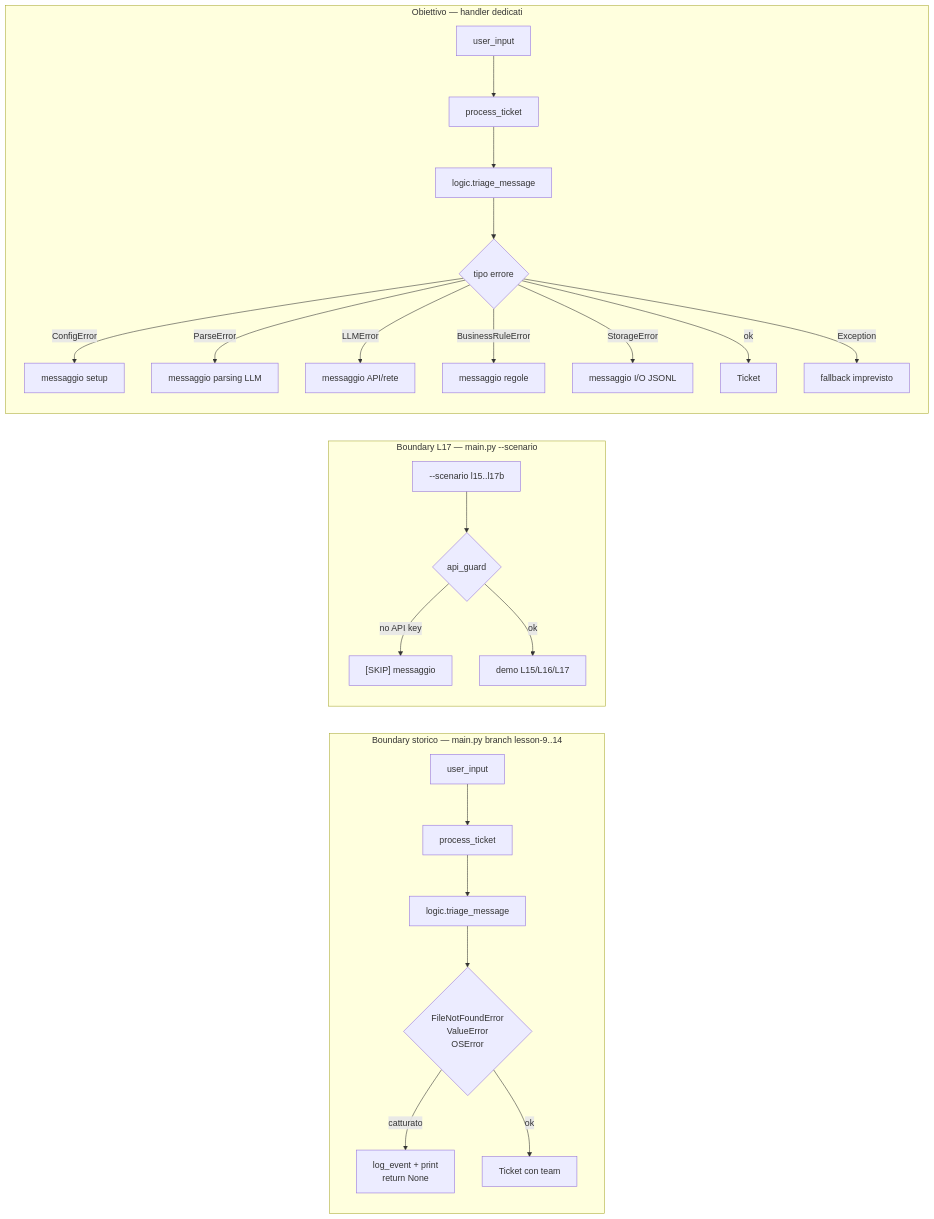
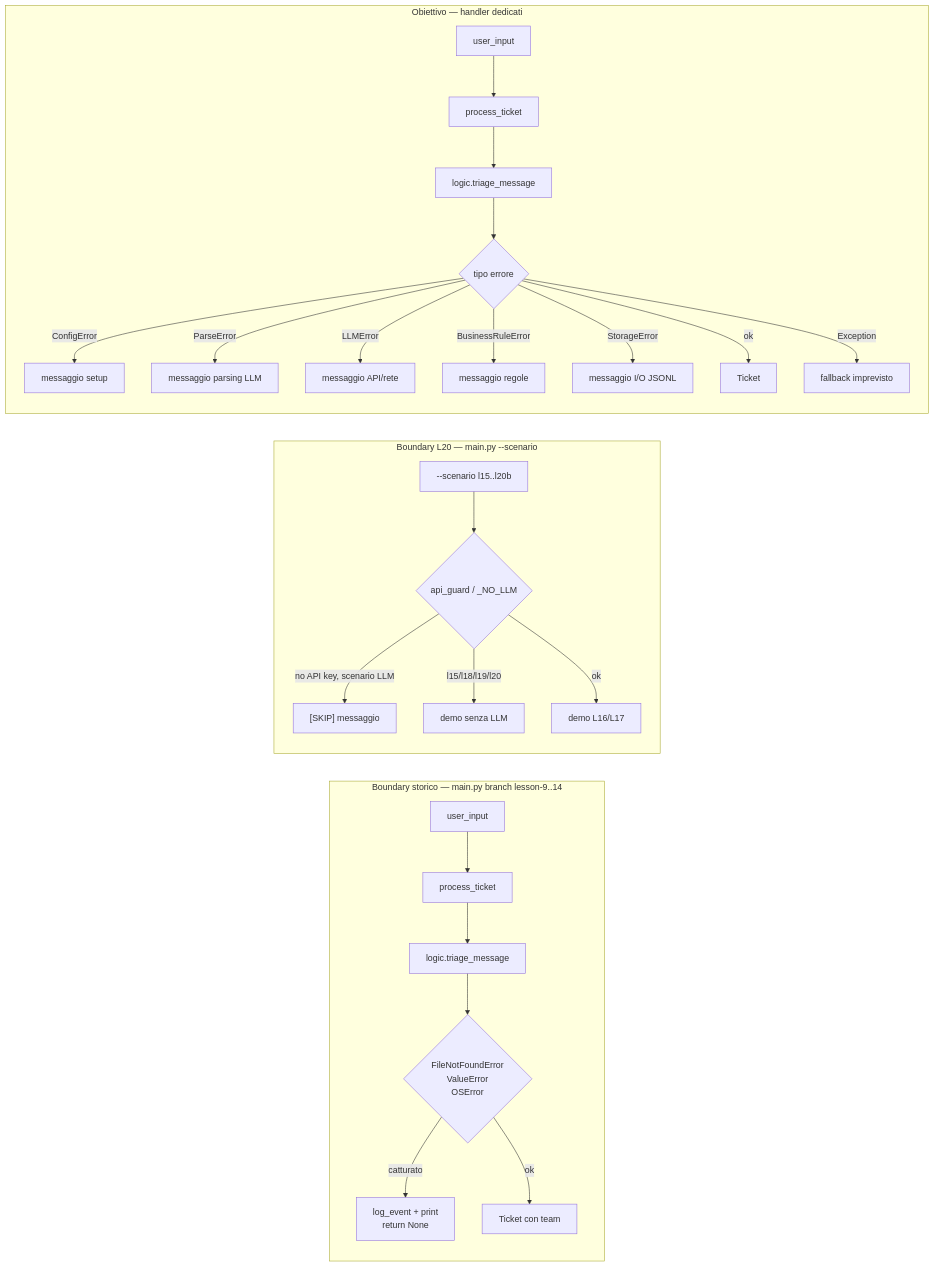
The third of 3 diagrams in GESTIONE_ERRORI.md (Impesud/agentic-triage-system), drawn with Mermaid before and after one commit. The commit also changed 11 other files, not shown here.

````diff
--- a/GESTIONE_ERRORI.md
+++ b/GESTIONE_ERRORI.md
@@ -292,30 +292,31 @@
 ```mermaid
 flowchart LR
     subgraph today [Boundary storico — main.py branch lesson-9..14]
         direction TB
         T1[user_input] --> T2[process_ticket]
         T2 --> T3[logic.triage_message]
         T3 --> T4{FileNotFoundError\nValueError\nOSError}
         T4 -->|catturato| T5["log_event + print\nreturn None"]
         T4 -->|ok| T6[Ticket con team]
     end
-    subgraph l17 [Boundary L17 — main.py --scenario]
+    subgraph l20 [Boundary L20 — main.py --scenario]
         direction TB
-        S1[--scenario l15..l17b] --> S2{api_guard}
-        S2 -->|no API key| S3["[SKIP] messaggio"]
-        S2 -->|ok| S4[demo L15/L16/L17]
+        S1[--scenario l15..l20b] --> S2{api_guard / _NO_LLM}
+        S2 -->|no API key, scenario LLM| S3["[SKIP] messaggio"]
+        S2 -->|l15/l18/l19/l20| S4[demo senza LLM]
+        S2 -->|ok| S5[demo L16/L17]
     end
     subgraph target [Obiettivo — handler dedicati]
         direction TB
         G1[user_input] --> G2[process_ticket]
         G2 --> G3[logic.triage_message]
         G3 --> G4{tipo errore}
         G4 -->|ConfigError| G5[messaggio setup]
         G4 -->|ParseError| G6[messaggio parsing LLM]
         G4 -->|LLMError| G7[messaggio API/rete]
         G4 -->|BusinessRuleError| G8[messaggio regole]
         G4 -->|StorageError| G9[messaggio I/O JSONL]
         G4 -->|ok| G10[Ticket]
         G4 -->|Exception| G11[fallback imprevisto]
     end
 ```
````
